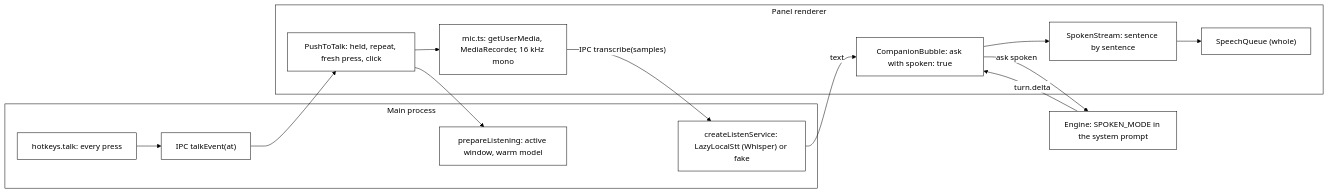
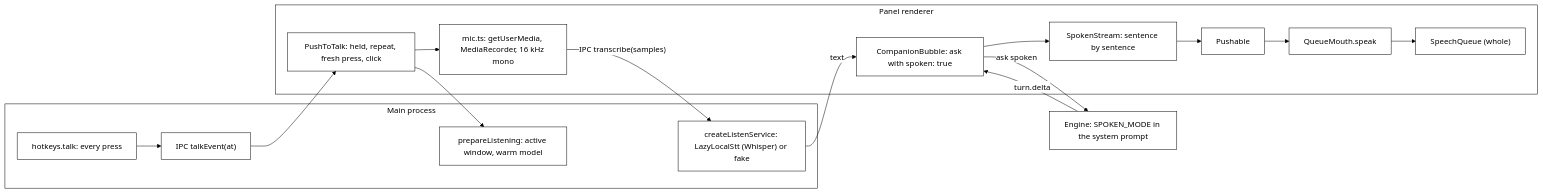
Before and after one commit to nadeem4/tagalong: diagram 13 of 13 in docs/architecture.md, drawn with Mermaid. The commit also changed other lines of this file and 33 other files, not shown here.

````diff
--- a/docs/architecture.md
+++ b/docs/architecture.md
@@ -1566,20 +1589,22 @@
 ```mermaid
 %%{init: {"theme": "base", "themeVariables": {"primaryColor": "#ffffff", "primaryTextColor": "#000000", "primaryBorderColor": "#000000", "lineColor": "#000000", "secondaryColor": "#ffffff", "tertiaryColor": "#ffffff", "background": "#ffffff", "clusterBkg": "#ffffff", "clusterBorder": "#000000"}}}%%
 flowchart LR
   subgraph Main["Main process"]
     HK["hotkeys.talk: every press"] --> TE["IPC talkEvent(at)"]
     PRE["prepareListening: active window, warm model"]
     LS["createListenService: LazyLocalStt (Whisper) or fake"]
   end
   subgraph Panel["Panel renderer"]
     TE --> PTT["PushToTalk: held, repeat, fresh press, click"]
     PTT --> MIC["mic.ts: getUserMedia, MediaRecorder, 16 kHz mono"]
     PTT --> PRE
     MIC -- "IPC transcribe(samples)" --> LS
     LS -- "text" --> CB["CompanionBubble: ask with spoken: true"]
     CB --> SS["SpokenStream: sentence by sentence"]
-    SS --> Q["SpeechQueue (whole)"]
+    SS --> PU["Pushable"]
+    PU --> QM["QueueMouth.speak"]
+    QM --> Q["SpeechQueue (whole)"]
   end
   CB -- "ask spoken" --> E["Engine: SPOKEN_MODE in the system prompt"]
   E -- "turn.delta" --> CB
 ```
````
